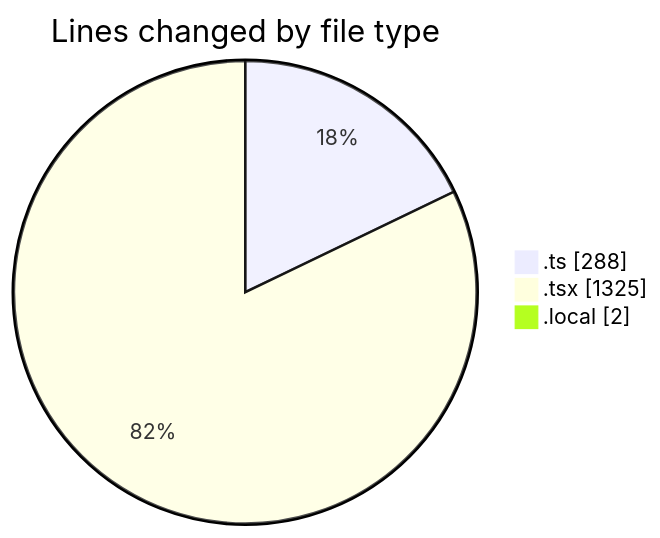
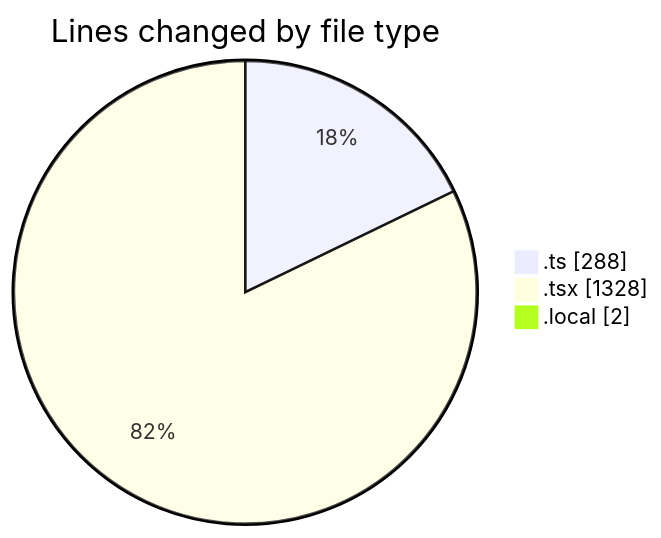
One commit to julien-gomy/code-tracking changed the first of 2 diagrams in 2025-10-28/eventscop-frontend-guide__workspace_/README.md. Above: the diagram before and after it, drawn with Mermaid. The commit also changed other lines of this file and 1 other file, not shown here.

````diff
--- a/2025-10-28/eventscop-frontend-guide__workspace_/README.md
+++ b/2025-10-28/eventscop-frontend-guide__workspace_/README.md
@@ -32,7 +33,7 @@
 ```mermaid
 pie showData
 title Lines changed by file type
 ".ts" : 288
-".tsx" : 1325
+".tsx" : 1328
 ".local" : 2
 ```
````
